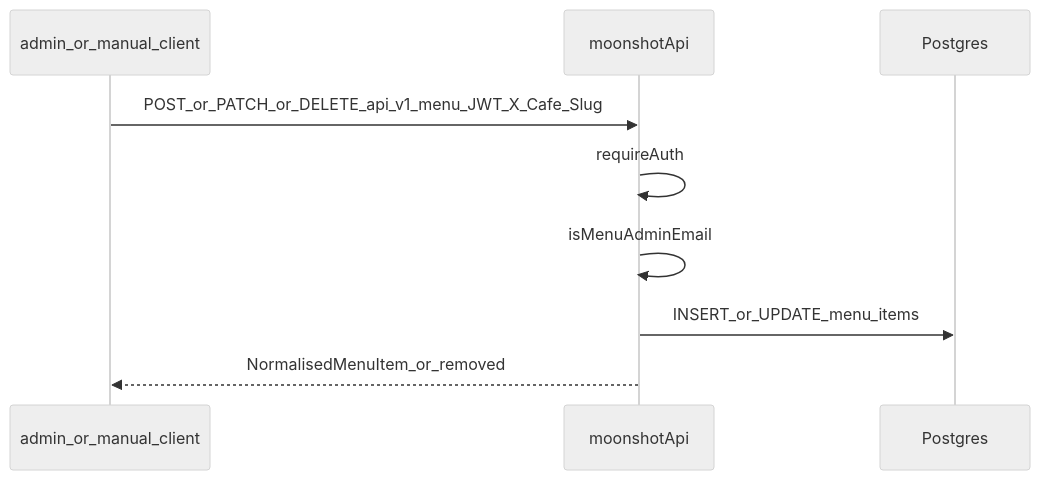
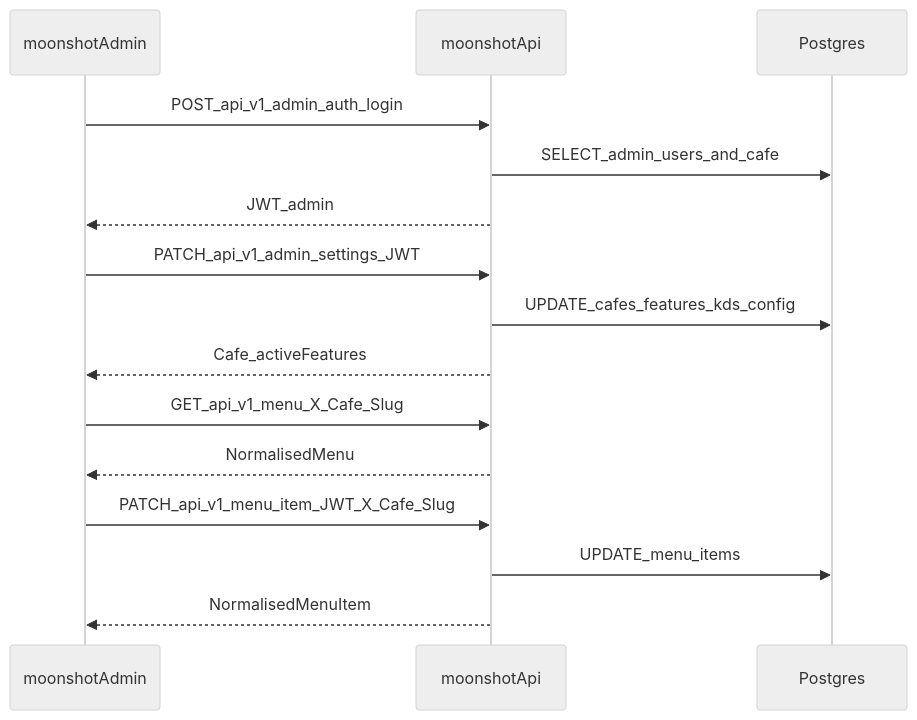
One commit to SeanIntegrator/moonshot changed the third of 9 diagrams in docs/dataflow-sequences.md. Above: the diagram before and after it, drawn with Mermaid (neutral theme). The commit also changed other lines of this file and 48 other files, not shown here.

````diff
--- a/docs/dataflow-sequences.md
+++ b/docs/dataflow-sequences.md
@@ -85,12 +84,18 @@
 ```mermaid
 sequenceDiagram
-  participant AdminClient as admin_or_manual_client
+  participant Admin as moonshotAdmin
   participant API as moonshotApi
   participant DB as Postgres
 
-  AdminClient->>API: POST_or_PATCH_or_DELETE_api_v1_menu_JWT_X_Cafe_Slug
-  API->>API: requireAuth
-  API->>API: isMenuAdminEmail
-  API->>DB: INSERT_or_UPDATE_menu_items
-  API-->>AdminClient: NormalisedMenuItem_or_removed
+  Admin->>API: POST_api_v1_admin_auth_login
+  API->>DB: SELECT_admin_users_and_cafe
+  API-->>Admin: JWT_admin
+  Admin->>API: PATCH_api_v1_admin_settings_JWT
+  API->>DB: UPDATE_cafes_features_kds_config
+  API-->>Admin: Cafe_activeFeatures
+  Admin->>API: GET_api_v1_menu_X_Cafe_Slug
+  API-->>Admin: NormalisedMenu
+  Admin->>API: PATCH_api_v1_menu_item_JWT_X_Cafe_Slug
+  API->>DB: UPDATE_menu_items
+  API-->>Admin: NormalisedMenuItem
 ```
````
